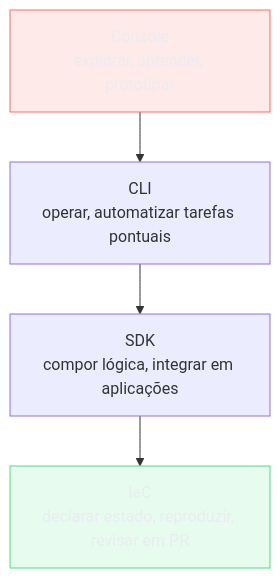
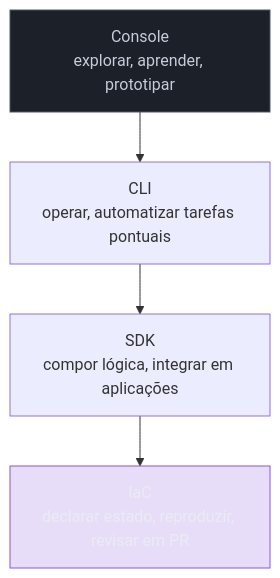
One commit to josenaldo/codex-technomanticus changed the third of 3 diagrams in 03-Dominios/Tecnologia/Cloud/21 - AWS a fundo/03 - Operar a AWS — console, CLI, SDK e IaC.md. Above: the diagram before and after it, drawn with Mermaid. The commit also changed 601 other files, not shown here.

````diff
--- a/03-Dominios/Tecnologia/Cloud/21 - AWS a fundo/03 - Operar a AWS — console, CLI, SDK e IaC.md
+++ b/03-Dominios/Tecnologia/Cloud/21 - AWS a fundo/03 - Operar a AWS — console, CLI, SDK e IaC.md
@@ -264,11 +264,11 @@
 ```mermaid
 flowchart TB
-    classDef falha fill:#FF6B6B24,stroke:#FF6B6B,color:#E9ECF2
-    classDef ok fill:#4ADE8021,stroke:#4ADE80,color:#E9ECF2
+    classDef marca fill:#8855DF33,stroke:#8855DF,color:#E9ECF2
+    classDef neutro fill:#1B2029,stroke:#4E5666,color:#C6CCD8
     A["Console<br/>explorar, aprender, prototipar"] --> B["CLI<br/>operar, automatizar tarefas pontuais"]
     B --> C["SDK<br/>compor lógica, integrar em aplicações"]
     C --> D["IaC<br/>declarar estado, reproduzir, revisar em PR"]
 
-    class A falha
-    class D ok
+    class A neutro
+    class D marca
 ```
````
